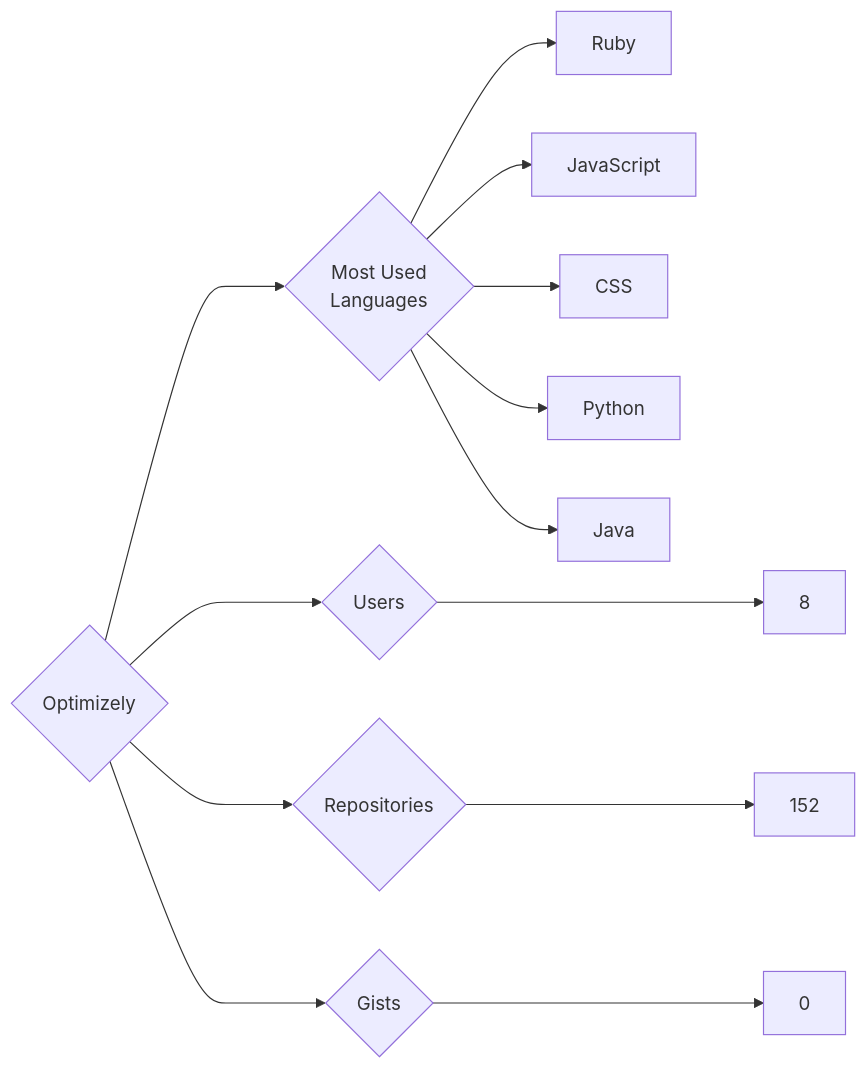
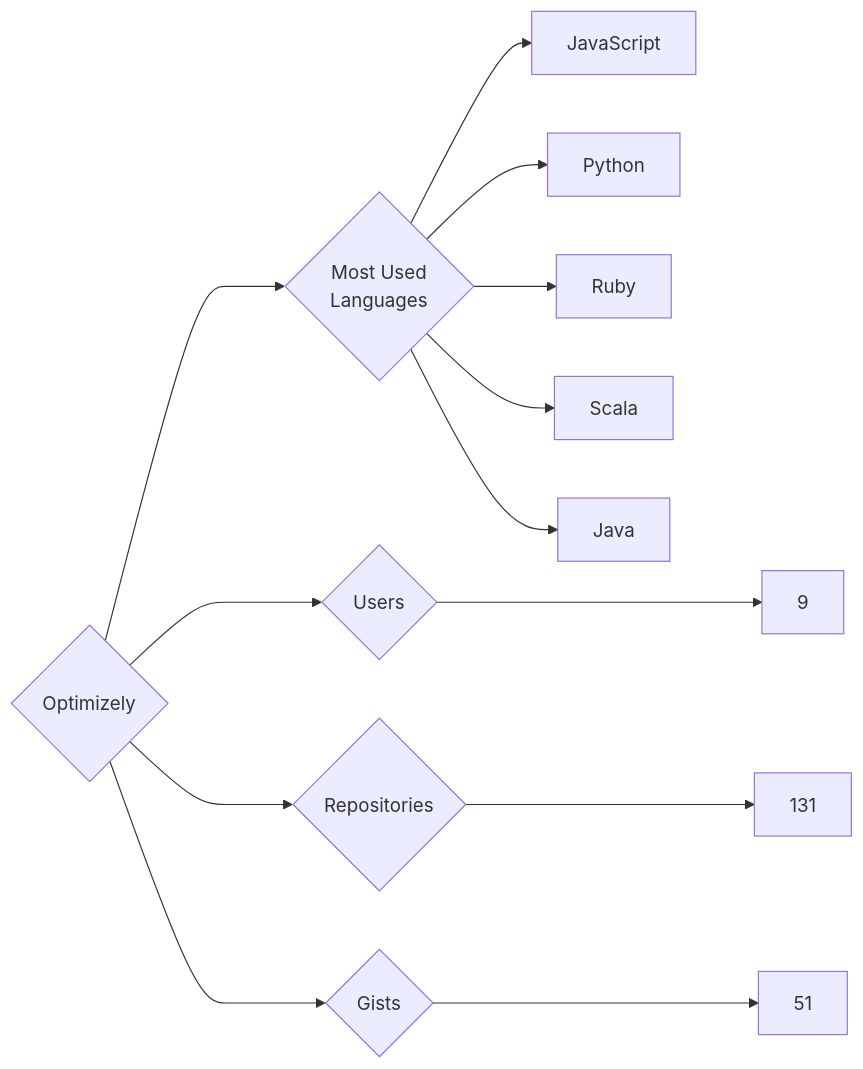
One commit to trickest/insiders changed the diagram in targets/Optimizely/README.md. Above: the diagram before and after it, drawn with Mermaid. The commit also changed 997 other files, not shown here.

````diff
--- a/targets/Optimizely/README.md
+++ b/targets/Optimizely/README.md
@@ -3,13 +3,13 @@
 ```mermaid
 graph LR
 COMPANY_NAME{Optimizely}
-COMPANY_NAME ---> U{Users} ---> UN[8]
-COMPANY_NAME ---> R{Repositories} ---> RN[152]
-COMPANY_NAME ---> G{Gists} ---> GN[0]
+COMPANY_NAME ---> U{Users} ---> UN[9]
+COMPANY_NAME ---> R{Repositories} ---> RN[131]
+COMPANY_NAME ---> G{Gists} ---> GN[51]
 COMPANY_NAME ---> ML{Most Used<br>Languages}
-ML --> Ruby
-ML --> JavaScript
-ML --> CSS
-ML --> Python
-ML --> Java
+ML --> JavaScript[JavaScript]
+ML --> Python[Python]
+ML --> Ruby[Ruby]
+ML --> Scala[Scala]
+ML --> Java[Java]
 ```
````
